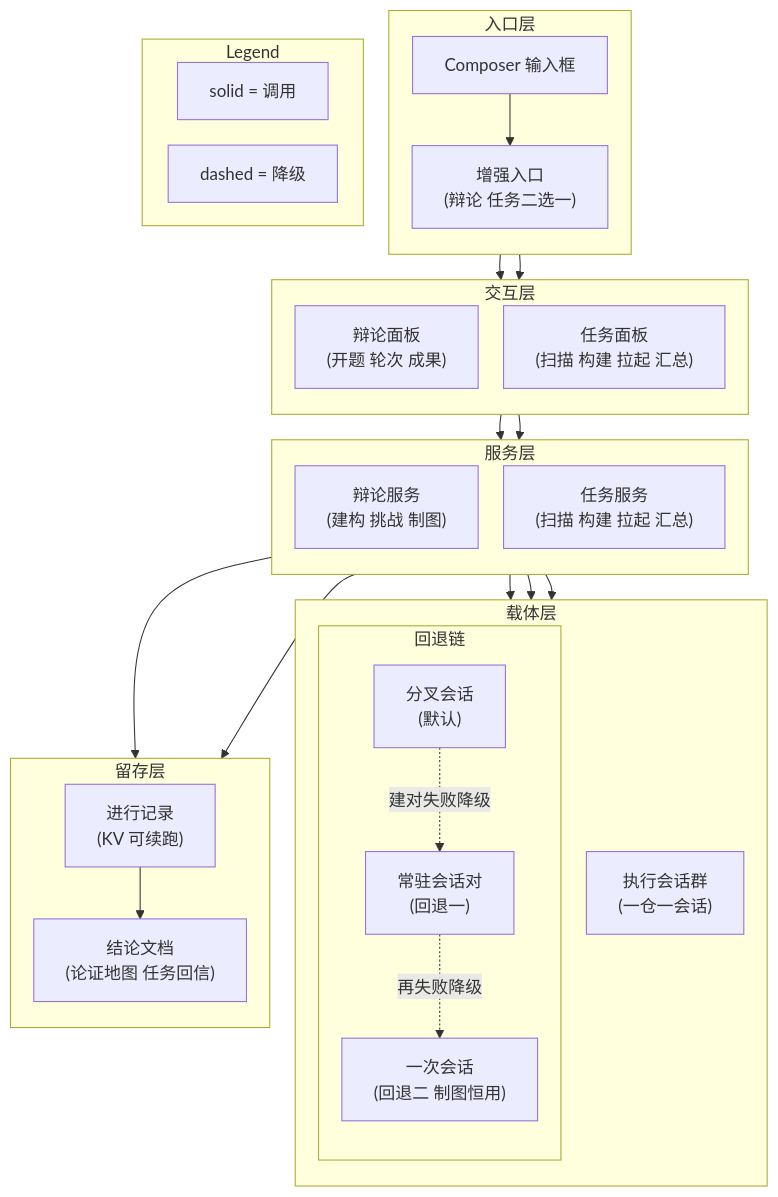
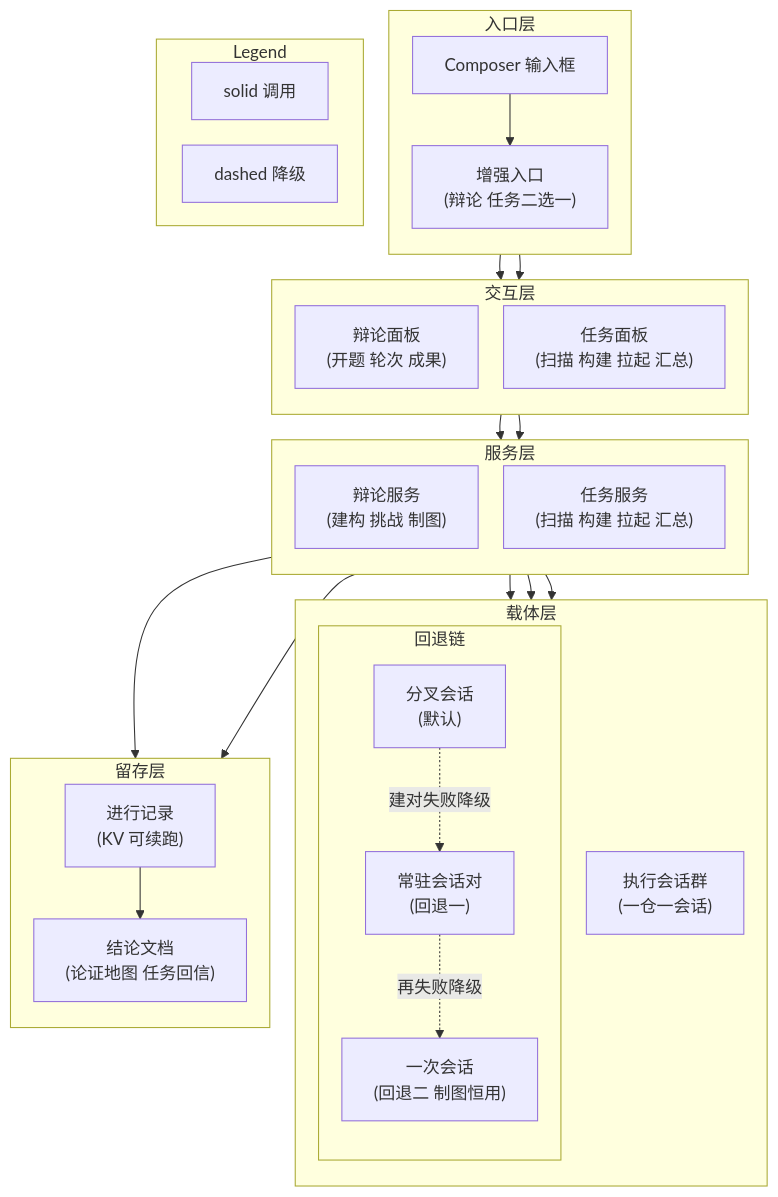
The second of 2 diagrams in docs/architecture.md (doubleelec/dsh-debate), drawn with Mermaid before and after one commit. The commit also changed other lines of this file and 6 other files, not shown here.

````diff
--- a/docs/architecture.md
+++ b/docs/architecture.md
@@ -86,56 +87,54 @@
 ```mermaid
 %%{init: {"flowchart": {"rankSpacing": 24, "nodeSpacing": 24, "htmlLabels": true, "useMaxWidth": false}}}%%
 flowchart TD
-    %% 子图内横排走 TB + 无边同 rank（天然横排，零隐形边）；
-    %% LR 对无边叶子是竖排倾向（与直觉相反），背景见 md-diagram §1.4。
     subgraph Entry["入口层"]
         direction TB
         composer["Composer 输入框"]
         menu["增强入口<br/>(辩论 任务二选一)"]
         composer --> menu
     end
     subgraph Face["交互层"]
         direction TB
         debateUI["辩论面板<br/>(开题 轮次 成果)"]
         taskUI["任务面板<br/>(扫描 构建 拉起 汇总)"]
     end
     subgraph Service["服务层"]
         direction TB
         debateSvc["辩论服务<br/>(建构 挑战 制图)"]
         taskSvc["任务服务<br/>(扫描 构建 拉起 汇总)"]
     end
     subgraph Carry["载体层"]
         direction TB
         subgraph FallbackChain["回退链"]
             direction TB
             fork["分叉会话<br/>(默认)"]
             resident["常驻会话对<br/>(回退一)"]
             oneshot["一次会话<br/>(回退二 制图恒用)"]
         end
         taskGroup["执行会话群<br/>(一仓一会话)"]
     end
     subgraph Keep["留存层"]
         direction TB
         kv["进行记录<br/>(KV 可续跑)"]
         docs["结论文档<br/>(论证地图 任务回信)"]
         kv --> docs
     end
 
     menu --> debateUI
     menu --> taskUI
     debateUI --> debateSvc
     taskUI --> taskSvc
     debateSvc --> fork
     fork -.->|建对失败降级| resident
     resident -.->|再失败降级| oneshot
     debateSvc --> oneshot
     taskSvc --> taskGroup
     debateSvc --> kv
     taskSvc --> kv
 
     subgraph Legend["Legend"]
         direction LR
-        L1["solid = 调用"]
-        L2["dashed = 降级"]
+        L1["solid 调用"]
+        L2["dashed 降级"]
     end
 ```
````
